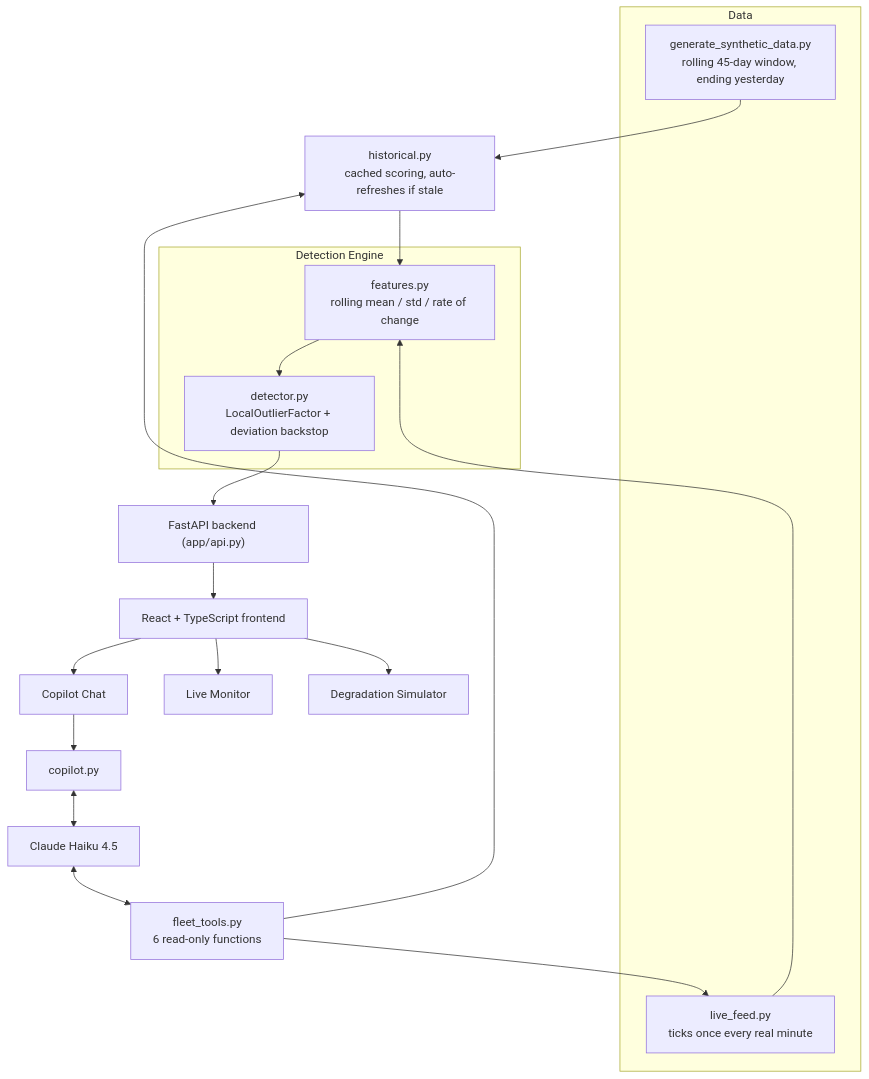
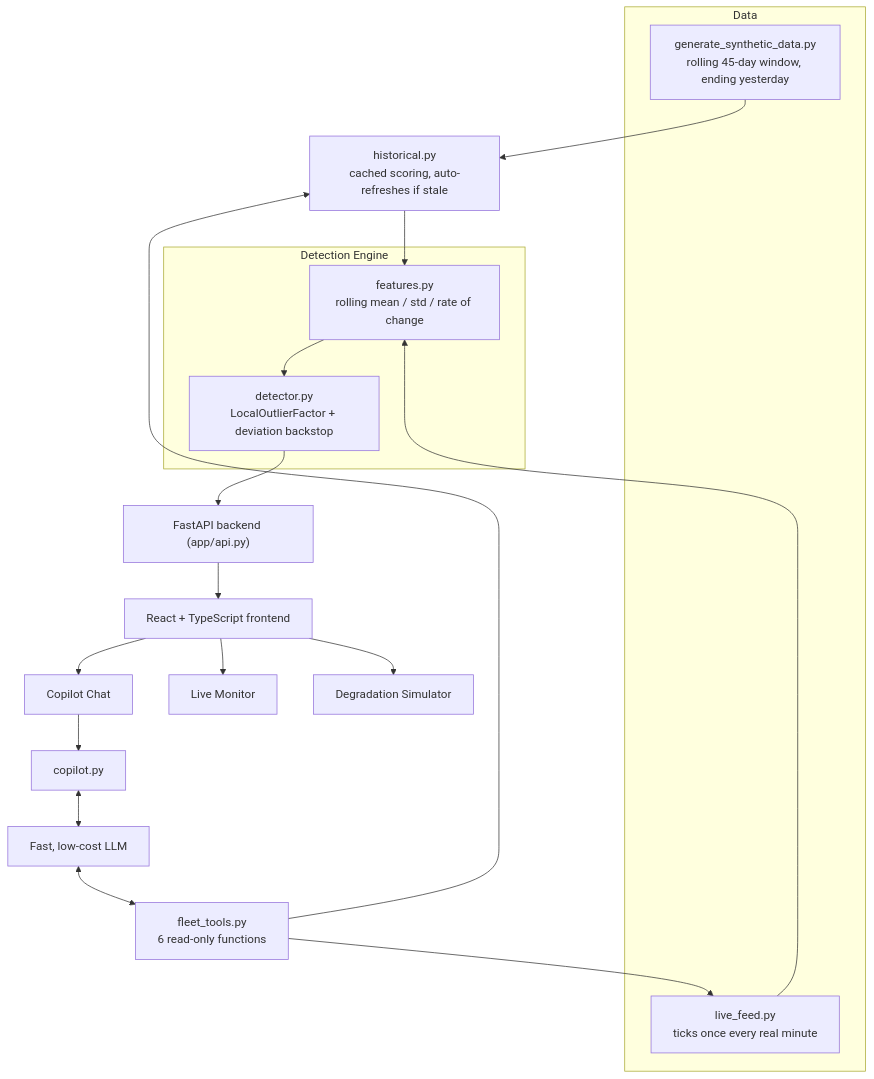
The diagram in README.md (zeeza18/Mills-Operation), drawn with Mermaid before and after one commit. The commit also changed other lines of this file and 2 other files, not shown here.

Commit message:
Genericize AI provider naming outside docs
Removes brand-specific naming from README.md, app/copilot.py, and
app/fleet_tools.py (badge, Mermaid diagram, tech stack table, docstrings),
replacing it with generic terms like "a fast, low-cost LLM." The docs/
folder is left as-is on purpose, per request. The one line that has to
keep the literal identifier, the MODEL constant in app/copilot.py, is
left untouched since the API call requires that exact string to resolve
to a real model, with a comment explaining why.

Claude-Session: https://claude.ai/code/session_01VGBL3x39e33AqvxzShS4bn

````diff
--- a/README.md
+++ b/README.md
@@ -65,30 +65,30 @@
 ```mermaid
 flowchart TD
     subgraph Data["Data"]
         GEN["generate_synthetic_data.py<br/>rolling 45-day window, ending yesterday"]
         LIVEFEED["live_feed.py<br/>ticks once every real minute"]
     end
 
     subgraph ML["Detection Engine"]
         FEAT["features.py<br/>rolling mean / std / rate of change"]
         DET["detector.py<br/>LocalOutlierFactor + deviation backstop"]
     end
 
     GEN --> HIST["historical.py<br/>cached scoring, auto-refreshes if stale"]
     LIVEFEED --> FEAT
     HIST --> FEAT
     FEAT --> DET
 
     DET --> API["FastAPI backend (app/api.py)"]
 
     API --> UI["React + TypeScript frontend"]
     UI --> MON["Live Monitor"]
     UI --> SIM["Degradation Simulator"]
     UI --> CHAT["Copilot Chat"]
 
     CHAT --> COPILOT["copilot.py"]
-    COPILOT <--> CLAUDE["Claude Haiku 4.5"]
-    CLAUDE <--> TOOLS["fleet_tools.py<br/>6 read-only functions"]
+    COPILOT <--> LLM["Fast, low-cost LLM"]
+    LLM <--> TOOLS["fleet_tools.py<br/>6 read-only functions"]
     TOOLS --> LIVEFEED
     TOOLS --> HIST
 ```
````
